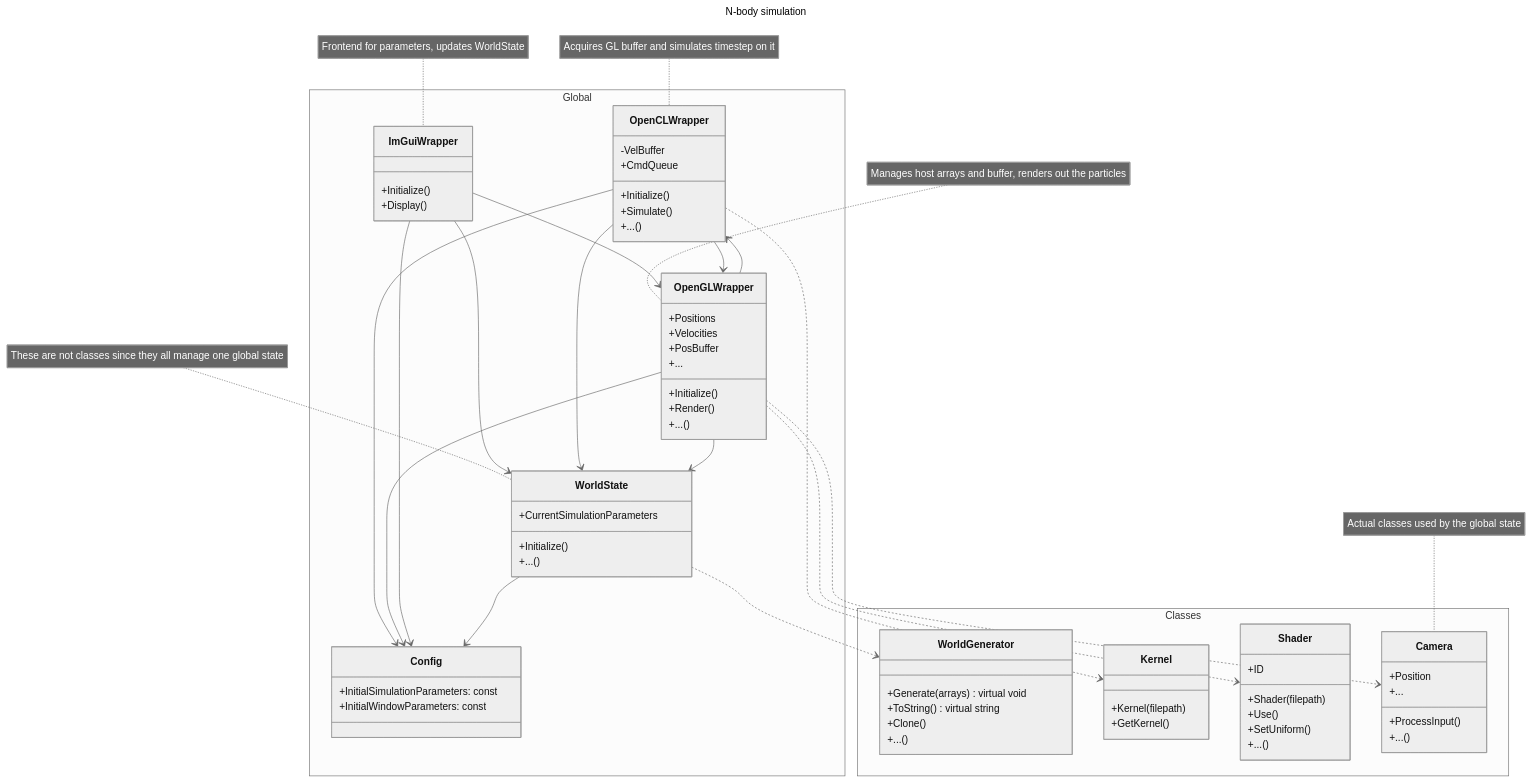
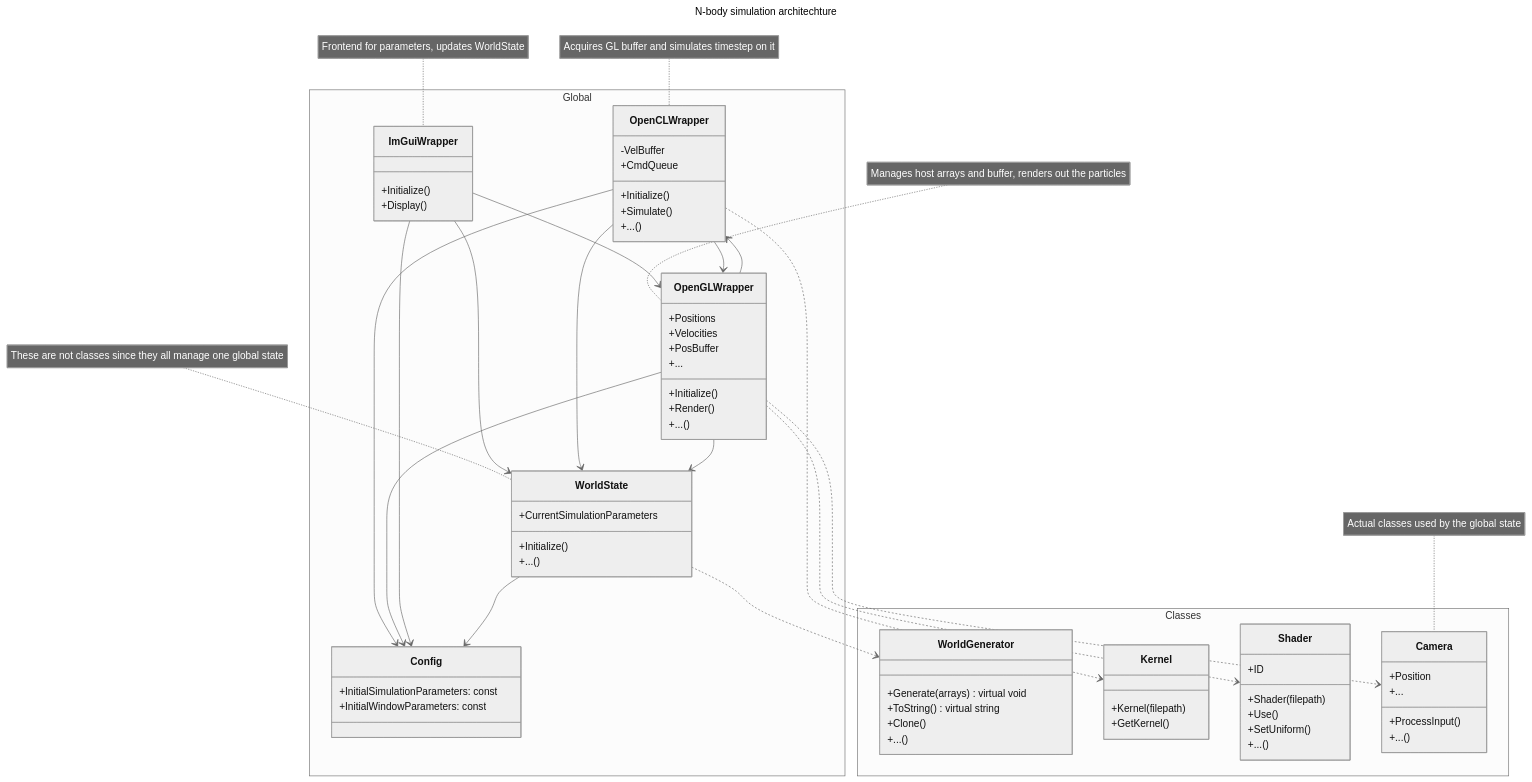
One commit to 22ms/n-body-sim changed the diagram in README.md. Above: the diagram before and after it, drawn with Mermaid (neutral theme). The commit also changed other lines of this file, not shown here.

````diff
--- a/README.md
+++ b/README.md
@@ -1,6 +48,6 @@
 ```mermaid
 ---
-title: N-body simulation
+title: N-body simulation architechture
 ---
 classDiagram
 note for WorldState "These are not classes since they all manage one global state"
````
